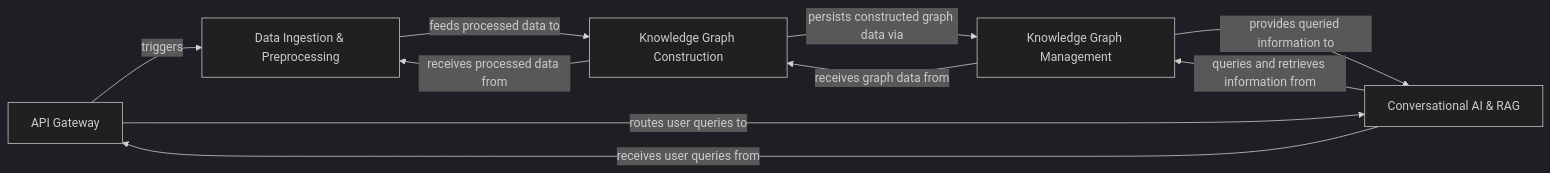
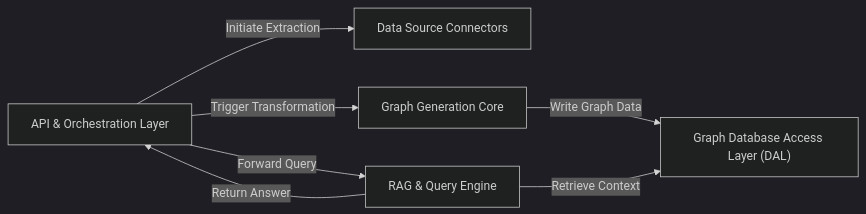
The diagram in llm-graph-builder/on_boarding.md (CodeBoarding/GeneratedOnBoardings), drawn with Mermaid (dark theme) before and after one commit. The commit also changed other lines of this file and 10 other files, not shown here.

Commit message:
Uploading onboarding materials for llm-graph-builder

````diff
--- a/llm-graph-builder/on_boarding.md
+++ b/llm-graph-builder/on_boarding.md
@@ -1,22 +1,19 @@
 ```mermaid
 graph LR
-    API_Gateway["API Gateway"]
-    Data_Ingestion_Preprocessing["Data Ingestion & Preprocessing"]
-    Knowledge_Graph_Construction["Knowledge Graph Construction"]
-    Knowledge_Graph_Management["Knowledge Graph Management"]
-    Conversational_AI_RAG["Conversational AI & RAG"]
-    API_Gateway -- "triggers" --> Data_Ingestion_Preprocessing
-    API_Gateway -- "routes user queries to" --> Conversational_AI_RAG
-    Data_Ingestion_Preprocessing -- "feeds processed data to" --> Knowledge_Graph_Construction
-    Knowledge_Graph_Construction -- "receives processed data from" --> Data_Ingestion_Preprocessing
-    Knowledge_Graph_Construction -- "persists constructed graph data via" --> Knowledge_Graph_Management
-    Knowledge_Graph_Management -- "receives graph data from" --> Knowledge_Graph_Construction
-    Knowledge_Graph_Management -- "provides queried information to" --> Conversational_AI_RAG
-    Conversational_AI_RAG -- "receives user queries from" --> API_Gateway
-    Conversational_AI_RAG -- "queries and retrieves information from" --> Knowledge_Graph_Management
-    click API_Gateway href "https://github.com/CodeBoarding/GeneratedOnBoardings/blob/main/llm-graph-builder/API_Gateway.md" "Details"
-    click Data_Ingestion_Preprocessing href "https://github.com/CodeBoarding/GeneratedOnBoardings/blob/main/llm-graph-builder/Data_Ingestion_Preprocessing.md" "Details"
-    click Knowledge_Graph_Construction href "https://github.com/CodeBoarding/GeneratedOnBoardings/blob/main/llm-graph-builder/Knowledge_Graph_Construction.md" "Details"
-    click Knowledge_Graph_Management href "https://github.com/CodeBoarding/GeneratedOnBoardings/blob/main/llm-graph-builder/Knowledge_Graph_Management.md" "Details"
-    click Conversational_AI_RAG href "https://github.com/CodeBoarding/GeneratedOnBoardings/blob/main/llm-graph-builder/Conversational_AI_RAG.md" "Details"
+    API_Orchestration_Layer["API & Orchestration Layer"]
+    Data_Source_Connectors["Data Source Connectors"]
+    Graph_Generation_Core["Graph Generation Core"]
+    Graph_Database_Access_Layer_DAL_["Graph Database Access Layer (DAL)"]
+    RAG_Query_Engine["RAG & Query Engine"]
+    API_Orchestration_Layer -- "Initiate Extraction" --> Data_Source_Connectors
+    API_Orchestration_Layer -- "Trigger Transformation" --> Graph_Generation_Core
+    Graph_Generation_Core -- "Write Graph Data" --> Graph_Database_Access_Layer_DAL_
+    API_Orchestration_Layer -- "Forward Query" --> RAG_Query_Engine
+    RAG_Query_Engine -- "Retrieve Context" --> Graph_Database_Access_Layer_DAL_
+    RAG_Query_Engine -- "Return Answer" --> API_Orchestration_Layer
+    click API_Orchestration_Layer href "https://github.com/CodeBoarding/GeneratedOnBoardings/blob/main/llm-graph-builder/API_Orchestration_Layer.md" "Details"
+    click Data_Source_Connectors href "https://github.com/CodeBoarding/GeneratedOnBoardings/blob/main/llm-graph-builder/Data_Source_Connectors.md" "Details"
+    click Graph_Generation_Core href "https://github.com/CodeBoarding/GeneratedOnBoardings/blob/main/llm-graph-builder/Graph_Generation_Core.md" "Details"
+    click Graph_Database_Access_Layer_DAL_ href "https://github.com/CodeBoarding/GeneratedOnBoardings/blob/main/llm-graph-builder/Graph_Database_Access_Layer_DAL_.md" "Details"
+    click RAG_Query_Engine href "https://github.com/CodeBoarding/GeneratedOnBoardings/blob/main/llm-graph-builder/RAG_Query_Engine.md" "Details"
 ```
````
